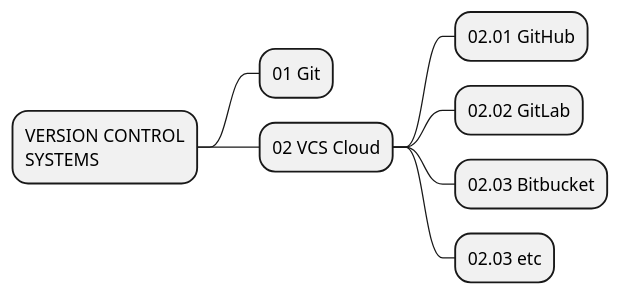
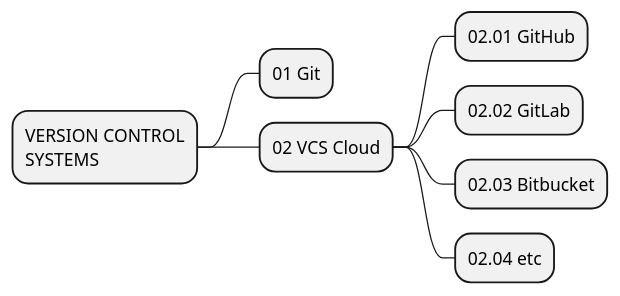
One commit to mrPronin/edu-web changed the diagram in diagrams/03-vcs.iuml. Above: the diagram before and after it, drawn with PlantUML.

Commit message:
mod 0.3-vcs

```diff
--- a/diagrams/03-vcs.iuml
+++ b/diagrams/03-vcs.iuml
@@ -1,17 +1,17 @@
 @startmindmap VERSION CONTROL SYSTEMS
 <style>
 node {
     MaximumWidth 150
     HorizontalAlignment left
 }
 </style>
 
 + VERSION CONTROL SYSTEMS
 ++ 01 Git
 ++ 02 VCS Cloud
 +++ 02.01 GitHub
 +++ 02.02 GitLab
 +++ 02.03 Bitbucket
-+++ 02.03 etc
++++ 02.04 etc
 
 @endmindmap
```
